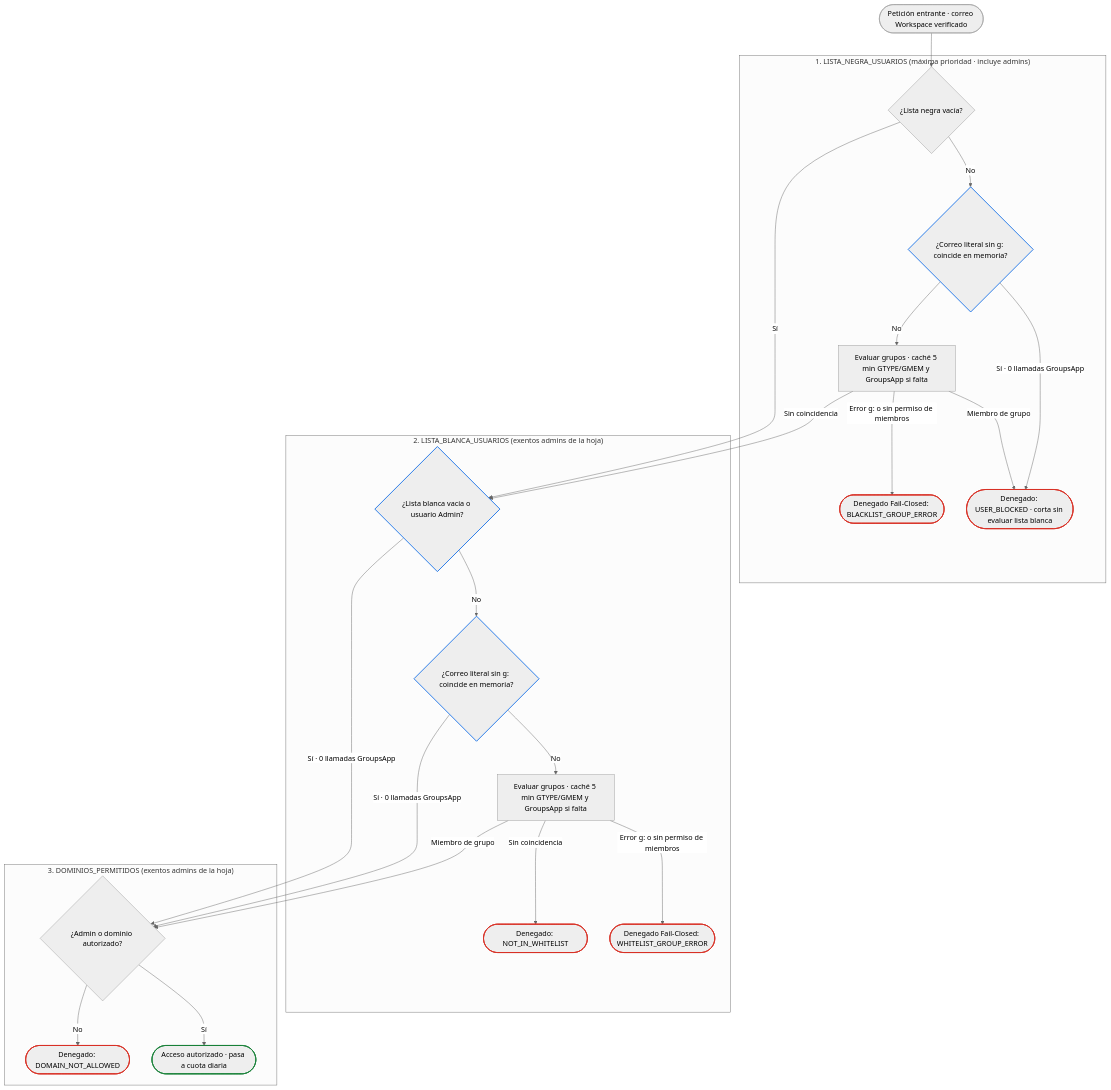
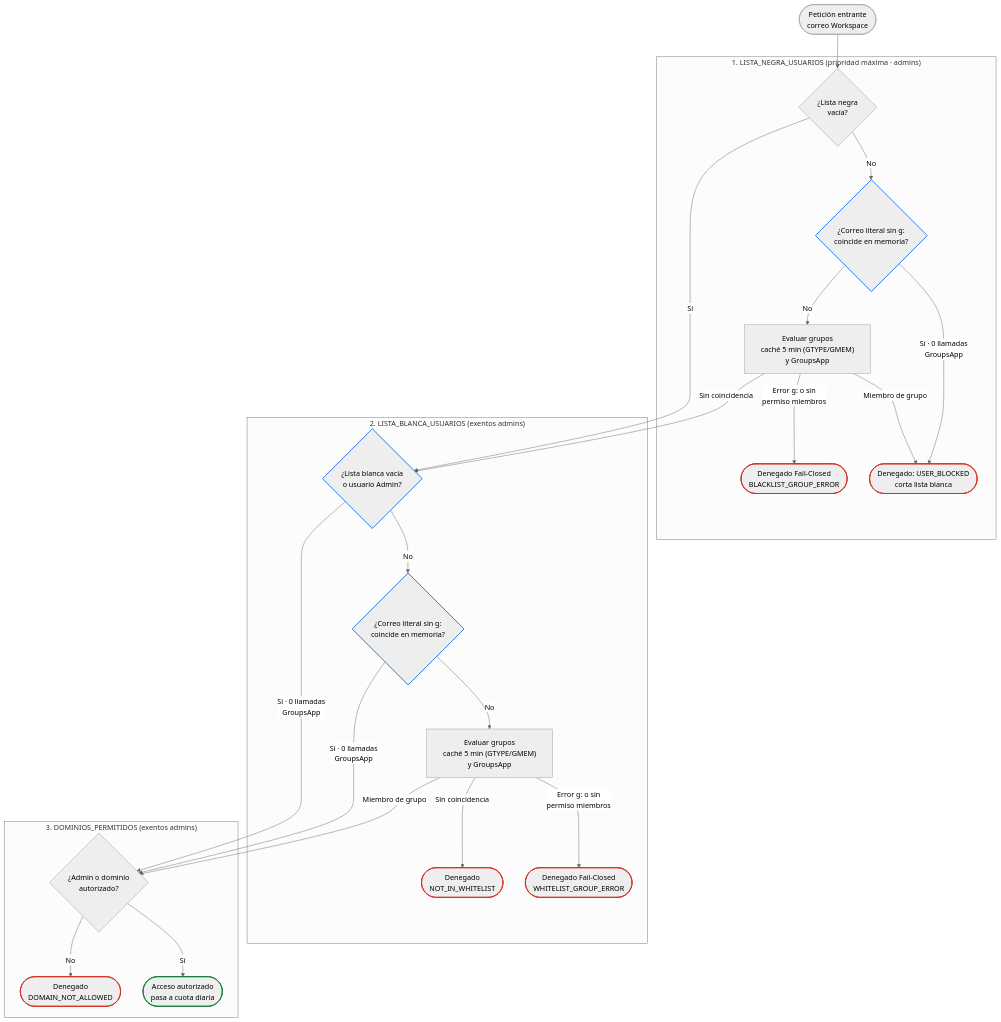
The diagram in README.md (pfelipm/doc2pdf-webapp), drawn with Mermaid (neutral theme) before and after one commit. The commit also changed other lines of this file and 7 other files, not shown here.

````diff
--- a/README.md
+++ b/README.md
@@ -208,55 +213,61 @@
 ```mermaid
+---
+config:
+  flowchart:
+    wrappingWidth: 360
+    padding: 18
+---
 flowchart TD
-  REQ(["Petición entrante · correo Workspace verificado"]) --> BL_EMPTY
+  REQ(["Petición entrante<br/>correo Workspace"]) --> BL_EMPTY
 
-  subgraph BL["1. LISTA_NEGRA_USUARIOS (máxima prioridad · incluye admins)"]
-    BL_EMPTY{"¿Lista negra vacía?"}
-    BL_DIRECT{"¿Correo literal sin g: coincide en memoria?"}
-    BL_GRP["Evaluar grupos · caché 5 min GTYPE/GMEM y GroupsApp si falta"]
-    BL_BLOCK(["Denegado: USER_BLOCKED · corta sin evaluar lista blanca"])
-    BL_ERR(["Denegado Fail-Closed: BLACKLIST_GROUP_ERROR"])
+  subgraph BL["1. LISTA_NEGRA_USUARIOS (prioridad máxima · admins)"]
+    BL_EMPTY{"¿Lista negra<br/>vacía?"}
+    BL_DIRECT{"¿Correo literal sin g:<br/>coincide en memoria?"}
+    BL_GRP["Evaluar grupos<br/>caché 5 min (GTYPE/GMEM)<br/>y GroupsApp"]
+    BL_BLOCK(["Denegado: USER_BLOCKED<br/>corta lista blanca"])
+    BL_ERR(["Denegado Fail-Closed<br/>BLACKLIST_GROUP_ERROR"])
 
     BL_EMPTY -->|"No"| BL_DIRECT
-    BL_DIRECT -->|"Sí · 0 llamadas GroupsApp"| BL_BLOCK
+    BL_DIRECT -->|"Sí · 0 llamadas<br/>GroupsApp"| BL_BLOCK
     BL_DIRECT -->|"No"| BL_GRP
     BL_GRP -->|"Miembro de grupo"| BL_BLOCK
-    BL_GRP -->|"Error g: o sin permiso de miembros"| BL_ERR
+    BL_GRP -->|"Error g: o sin<br/>permiso miembros"| BL_ERR
   end
 
   BL_EMPTY -->|"Sí"| WL_SKIP
   BL_GRP -->|"Sin coincidencia"| WL_SKIP
 
-  subgraph WL["2. LISTA_BLANCA_USUARIOS (exentos admins de la hoja)"]
-    WL_SKIP{"¿Lista blanca vacía o usuario Admin?"}
-    WL_DIRECT{"¿Correo literal sin g: coincide en memoria?"}
-    WL_GRP["Evaluar grupos · caché 5 min GTYPE/GMEM y GroupsApp si falta"]
-    WL_ERR(["Denegado Fail-Closed: WHITELIST_GROUP_ERROR"])
-    WL_DENY(["Denegado: NOT_IN_WHITELIST"])
+  subgraph WL["2. LISTA_BLANCA_USUARIOS (exentos admins)"]
+    WL_SKIP{"¿Lista blanca vacía<br/>o usuario Admin?"}
+    WL_DIRECT{"¿Correo literal sin g:<br/>coincide en memoria?"}
+    WL_GRP["Evaluar grupos<br/>caché 5 min (GTYPE/GMEM)<br/>y GroupsApp"]
+    WL_ERR(["Denegado Fail-Closed<br/>WHITELIST_GROUP_ERROR"])
+    WL_DENY(["Denegado<br/>NOT_IN_WHITELIST"])
 
     WL_SKIP -->|"No"| WL_DIRECT
     WL_DIRECT -->|"No"| WL_GRP
-    WL_GRP -->|"Error g: o sin permiso de miembros"| WL_ERR
+    WL_GRP -->|"Error g: o sin<br/>permiso miembros"| WL_ERR
     WL_GRP -->|"Sin coincidencia"| WL_DENY
   end
 
-  WL_SKIP -->|"Sí · 0 llamadas GroupsApp"| DOM_CHK
-  WL_DIRECT -->|"Sí · 0 llamadas GroupsApp"| DOM_CHK
+  WL_SKIP -->|"Sí · 0 llamadas<br/>GroupsApp"| DOM_CHK
+  WL_DIRECT -->|"Sí · 0 llamadas<br/>GroupsApp"| DOM_CHK
   WL_GRP -->|"Miembro de grupo"| DOM_CHK
 
-  subgraph DOM["3. DOMINIOS_PERMITIDOS (exentos admins de la hoja)"]
-    DOM_CHK{"¿Admin o dominio autorizado?"}
-    ALLOW_OK(["Acceso autorizado · pasa a cuota diaria"])
-    DOM_DENY(["Denegado: DOMAIN_NOT_ALLOWED"])
+  subgraph DOM["3. DOMINIOS_PERMITIDOS (exentos admins)"]
+    DOM_CHK{"¿Admin o dominio<br/>autorizado?"}
+    ALLOW_OK(["Acceso autorizado<br/>pasa a cuota diaria"])
+    DOM_DENY(["Denegado<br/>DOMAIN_NOT_ALLOWED"])
 
     DOM_CHK -->|"Sí"| ALLOW_OK
     DOM_CHK -->|"No"| DOM_DENY
   end
 
   classDef deny stroke:#d93025,stroke-width:2px;
   classDef allow stroke:#188038,stroke-width:2px;
   classDef fast stroke:#1a73e8,stroke-width:2px;
 
   class BL_BLOCK,BL_ERR,WL_ERR,WL_DENY,DOM_DENY deny;
   class ALLOW_OK allow;
   class BL_DIRECT,WL_SKIP,WL_DIRECT fast;
 ```
````
